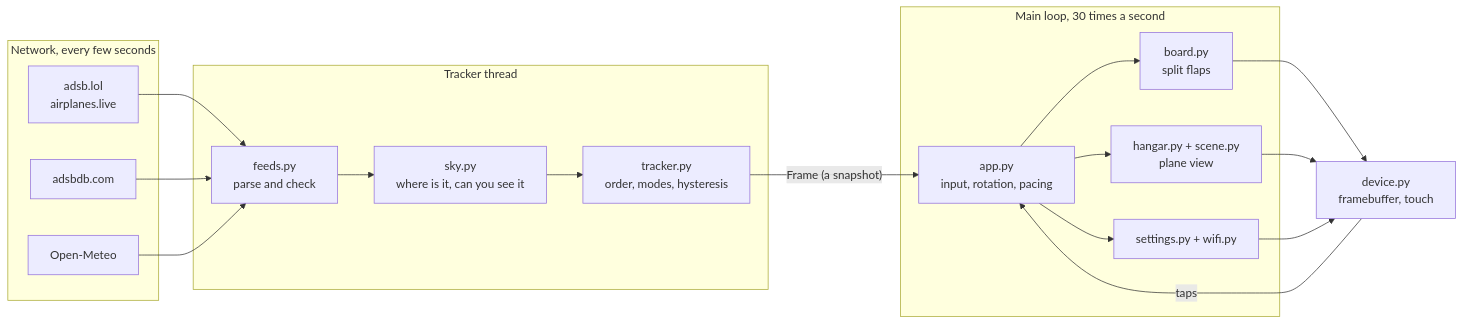
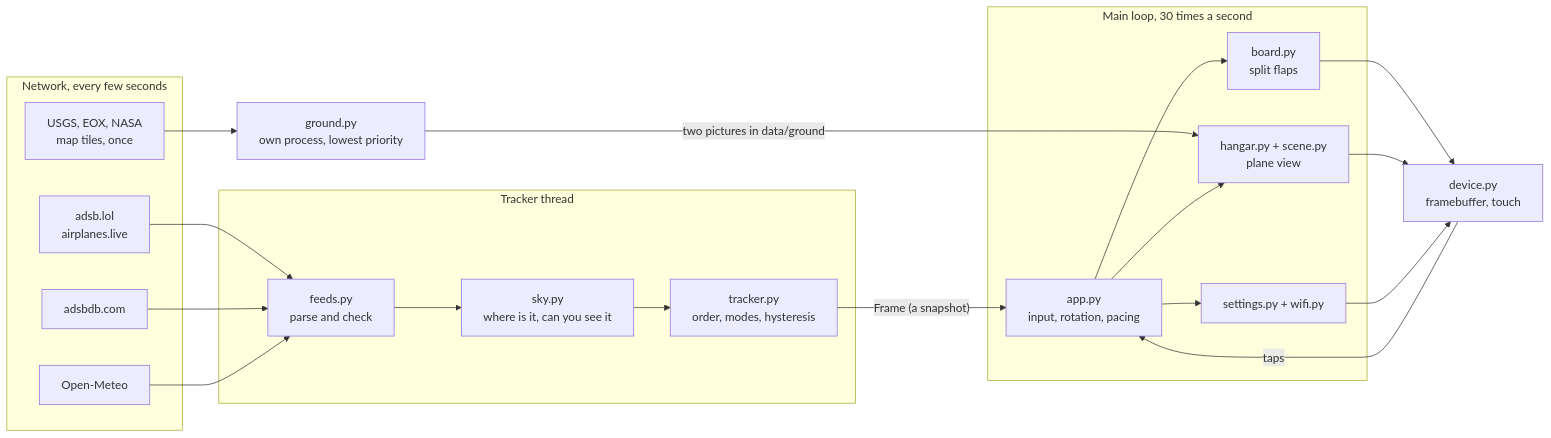
The diagram in docs/architecture.md (mil-orb/Overhead-ADSB), drawn with Mermaid before and after one commit. The commit also changed other lines of this file and 21 other files, not shown here.

````diff
--- a/docs/architecture.md
+++ b/docs/architecture.md
@@ -5,32 +5,36 @@
 ```mermaid
 flowchart LR
     subgraph net [Network, every few seconds]
         A[adsb.lol<br/>airplanes.live]
         R[adsbdb.com]
         W[Open-Meteo]
+        M[USGS, EOX, NASA<br/>map tiles, once]
     end
+    GR[ground.py<br/>own process, lowest priority]
     subgraph tracker [Tracker thread]
         F[feeds.py<br/>parse and check]
         S[sky.py<br/>where is it, can you see it]
         T[tracker.py<br/>order, modes, hysteresis]
     end
     subgraph ui [Main loop, 30 times a second]
         APP[app.py<br/>input, rotation, pacing]
         B[board.py<br/>split flaps]
         H[hangar.py + scene.py<br/>plane view]
         ST[settings.py + wifi.py]
     end
     D[device.py<br/>framebuffer, touch]
     A --> F
     R --> F
     W --> F
+    M --> GR
+    GR -- "two pictures in data/ground" --> H
     F --> S --> T
     T -- "Frame (a snapshot)" --> APP
     APP --> B
     APP --> H
     APP --> ST
     B --> D
     H --> D
     ST --> D
     D -- taps --> APP
 ```
````
